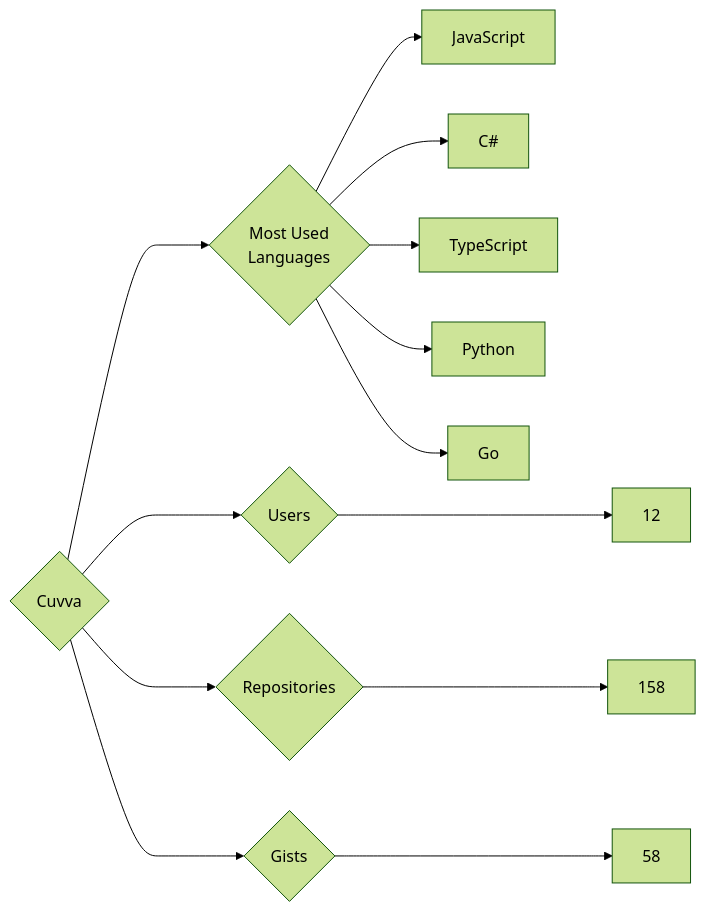
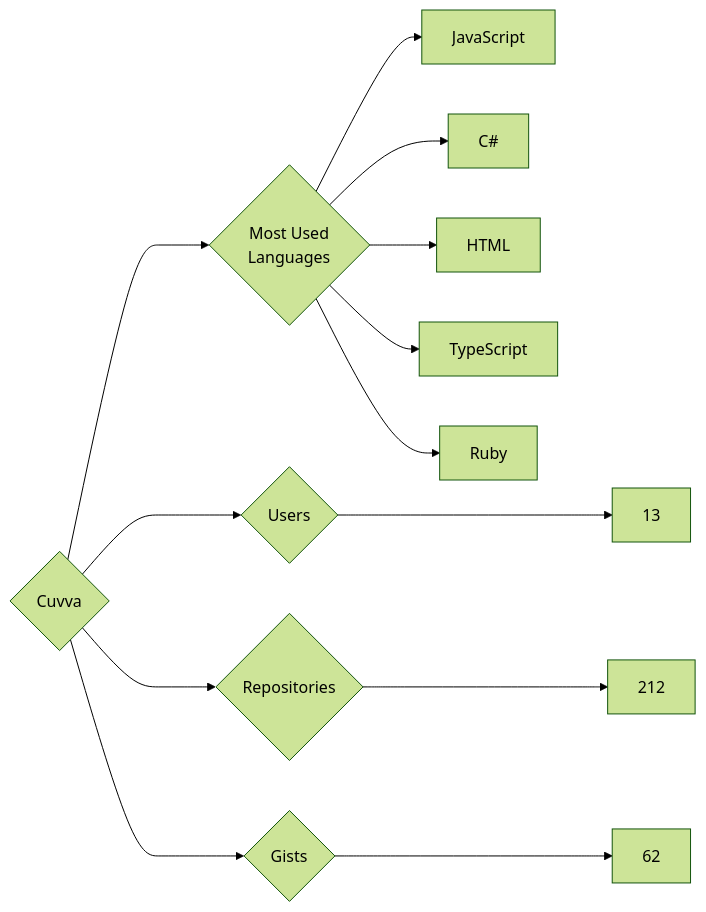
One commit to trickest/insiders changed the diagram in targets/Cuvva/README.md. Above: the diagram before and after it, drawn with Mermaid (forest theme). The commit also changed 925 other files, not shown here.

````diff
--- a/targets/Cuvva/README.md
+++ b/targets/Cuvva/README.md
@@ -3,13 +3,13 @@
 ```mermaid
 graph LR
 COMPANY_NAME{Cuvva}
-COMPANY_NAME ---> U{Users} ---> UN[12]
-COMPANY_NAME ---> R{Repositories} ---> RN[158]
-COMPANY_NAME ---> G{Gists} ---> GN[58]
+COMPANY_NAME ---> U{Users} ---> UN[13]
+COMPANY_NAME ---> R{Repositories} ---> RN[212]
+COMPANY_NAME ---> G{Gists} ---> GN[62]
 COMPANY_NAME ---> ML{Most Used<br>Languages}
 ML --> JavaScript[JavaScript]
 ML --> C#[C#]
+ML --> HTML[HTML]
 ML --> TypeScript[TypeScript]
-ML --> Python[Python]
-ML --> Go[Go]
+ML --> Ruby[Ruby]
 ```
````
